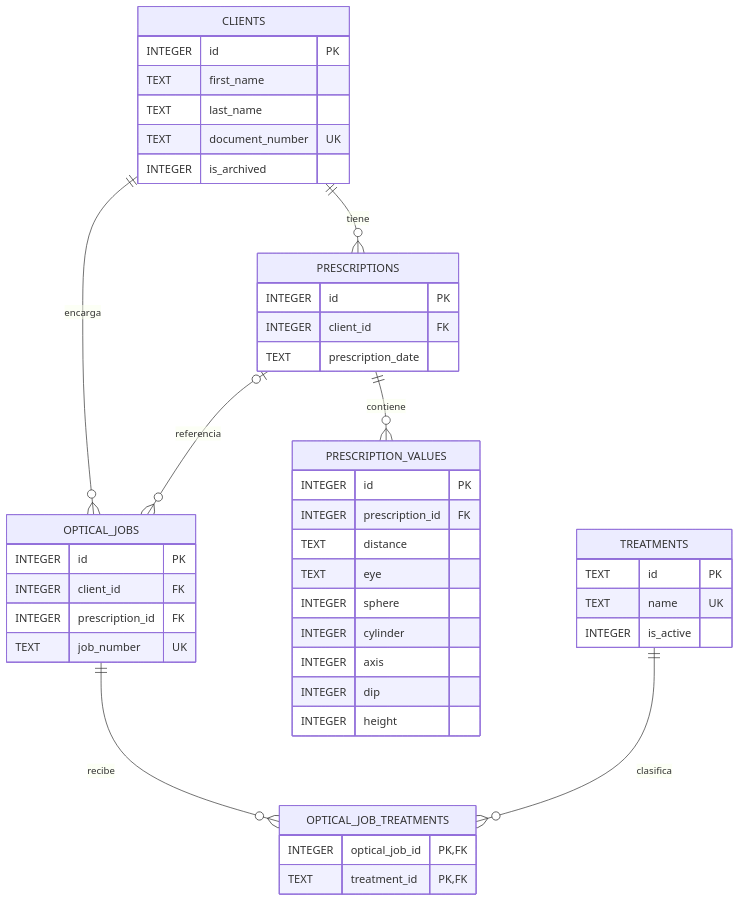
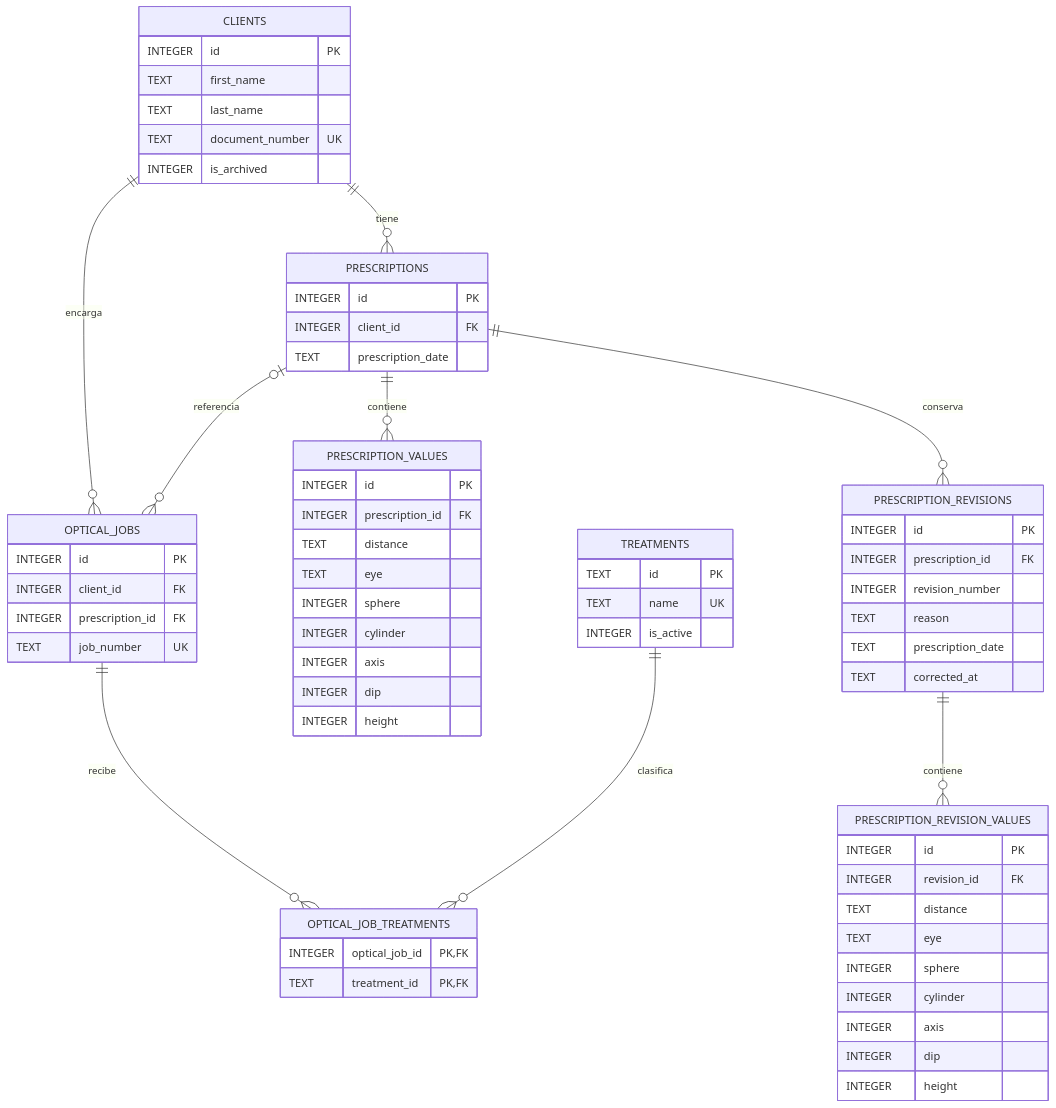
The diagram in docs/database.md (MateoBorrero-Dev/occhiali-desktop), drawn with Mermaid before and after one commit. The commit also changed other lines of this file and 35 other files, not shown here.

Commit message:
feat: implement optical prescriptions and revision history

````diff
--- a/docs/database.md
+++ b/docs/database.md
@@ -21,48 +21,69 @@
 ```mermaid
 erDiagram
     CLIENTS ||--o{ PRESCRIPTIONS : tiene
     CLIENTS ||--o{ OPTICAL_JOBS : encarga
     PRESCRIPTIONS o|--o{ OPTICAL_JOBS : referencia
     PRESCRIPTIONS ||--o{ PRESCRIPTION_VALUES : contiene
+    PRESCRIPTIONS ||--o{ PRESCRIPTION_REVISIONS : conserva
+    PRESCRIPTION_REVISIONS ||--o{ PRESCRIPTION_REVISION_VALUES : contiene
     OPTICAL_JOBS ||--o{ OPTICAL_JOB_TREATMENTS : recibe
     TREATMENTS ||--o{ OPTICAL_JOB_TREATMENTS : clasifica
 
     CLIENTS {
         INTEGER id PK
         TEXT first_name
         TEXT last_name
         TEXT document_number UK
         INTEGER is_archived
     }
     PRESCRIPTIONS {
         INTEGER id PK
         INTEGER client_id FK
         TEXT prescription_date
     }
     PRESCRIPTION_VALUES {
         INTEGER id PK
         INTEGER prescription_id FK
         TEXT distance
         TEXT eye
         INTEGER sphere
         INTEGER cylinder
         INTEGER axis
         INTEGER dip
         INTEGER height
     }
+    PRESCRIPTION_REVISIONS {
+        INTEGER id PK
+        INTEGER prescription_id FK
+        INTEGER revision_number
+        TEXT reason
+        TEXT prescription_date
+        TEXT corrected_at
+    }
+    PRESCRIPTION_REVISION_VALUES {
+        INTEGER id PK
+        INTEGER revision_id FK
+        TEXT distance
+        TEXT eye
+        INTEGER sphere
+        INTEGER cylinder
+        INTEGER axis
+        INTEGER dip
+        INTEGER height
+    }
     OPTICAL_JOBS {
         INTEGER id PK
         INTEGER client_id FK
         INTEGER prescription_id FK
         TEXT job_number UK
     }
     TREATMENTS {
         TEXT id PK
         TEXT name UK
         INTEGER is_active
     }
     OPTICAL_JOB_TREATMENTS {
         INTEGER optical_job_id PK,FK
         TEXT treatment_id PK,FK
     }
 ```
````
